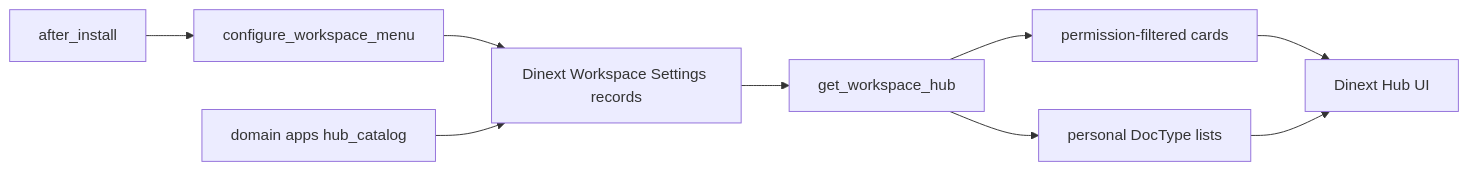
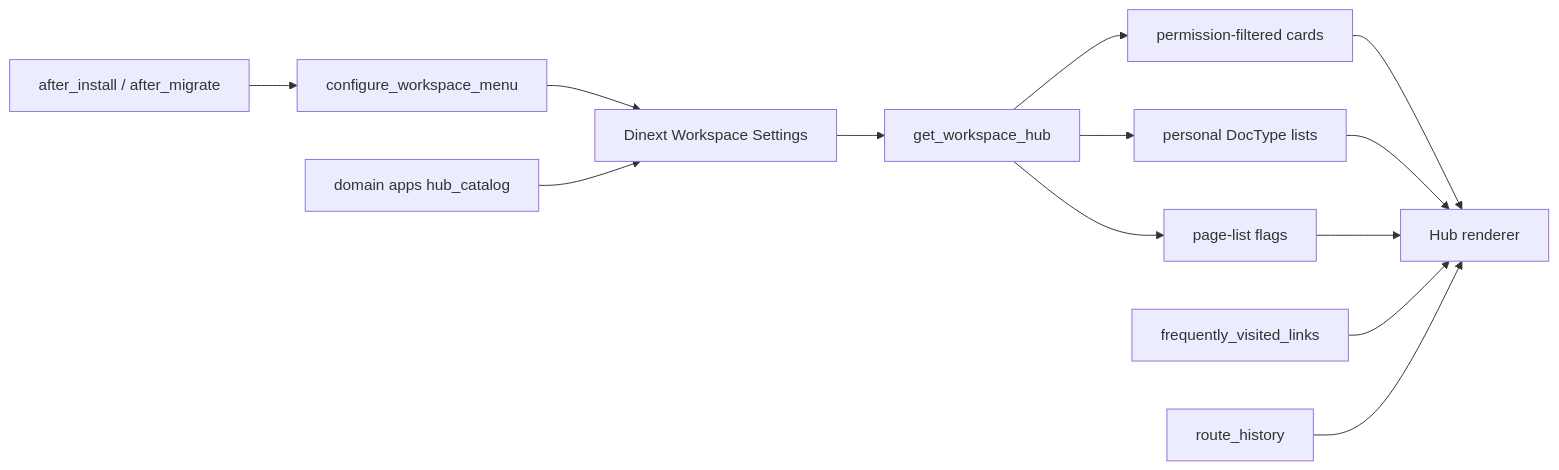
Before and after one commit to Dinext-pro/dinext-common: the second of 5 diagrams in README.md, drawn with Mermaid. The commit also changed other lines of this file and 10 other files, not shown here.

First line of the commit message:
feat(workspace): show frequent and recent pages on Hub

````diff
--- a/README.md
+++ b/README.md
@@ -614,11 +830,15 @@
 ```mermaid
 flowchart LR
-  install["after_install"] --> configure["configure_workspace_menu"]
-  configure --> settings["Dinext Workspace Settings records"]
+  install["after_install / after_migrate"] --> configure["configure_workspace_menu"]
+  configure --> settings["Dinext Workspace Settings"]
   domainApps["domain apps hub_catalog"] --> settings
   settings --> hubApi["get_workspace_hub"]
   hubApi --> cards["permission-filtered cards"]
   hubApi --> lists["personal DocType lists"]
-  cards --> deskHub["Dinext Hub UI"]
+  hubApi --> flags["page-list flags"]
+  cards --> deskHub["Hub renderer"]
   lists --> deskHub
+  flags --> deskHub
+  boot["frequently_visited_links"] --> deskHub
+  history["route_history"] --> deskHub
 ```
````
